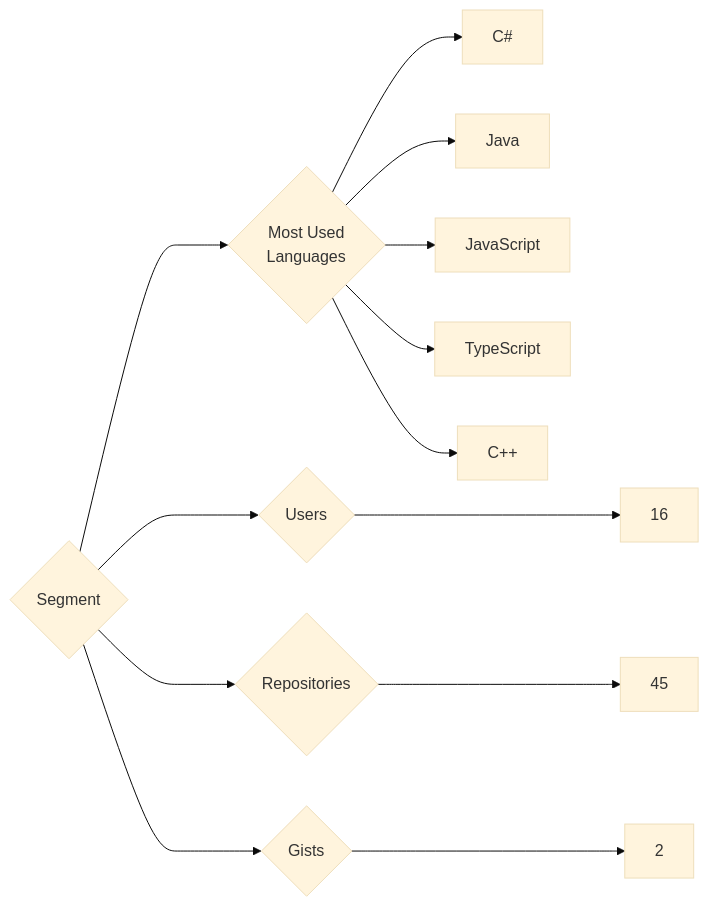
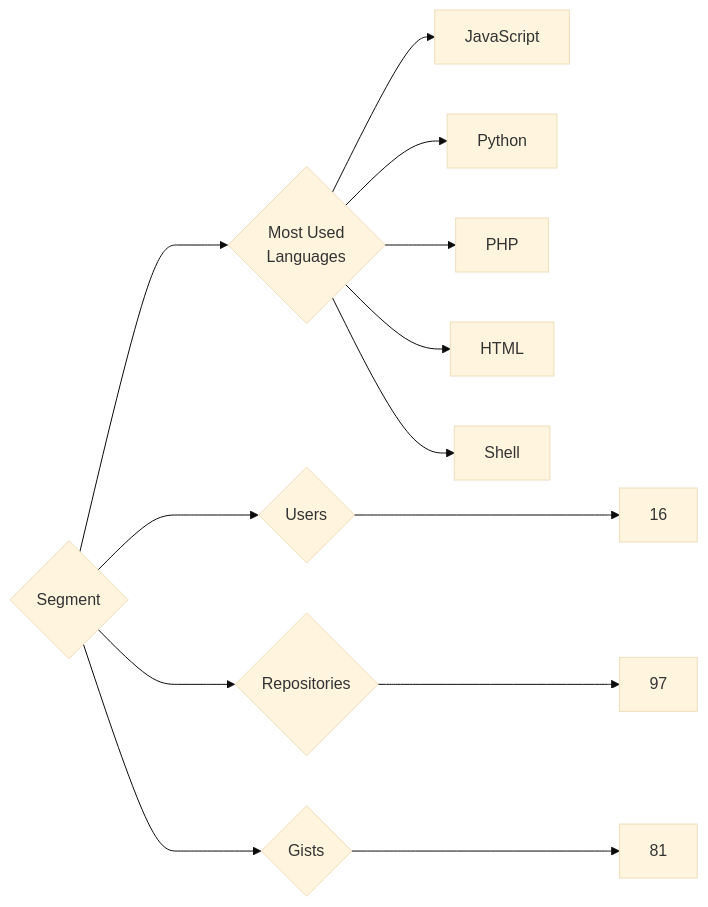
One commit to trickest/insiders changed the diagram in targets/Segment/README.md. Above: the diagram before and after it, drawn with Mermaid (base theme). The commit also changed 928 other files, not shown here.

````diff
--- a/targets/Segment/README.md
+++ b/targets/Segment/README.md
@@ -3,13 +3,13 @@
 ```mermaid
 graph LR
 COMPANY_NAME{Segment}
 COMPANY_NAME ---> U{Users} ---> UN[16]
-COMPANY_NAME ---> R{Repositories} ---> RN[45]
-COMPANY_NAME ---> G{Gists} ---> GN[2]
+COMPANY_NAME ---> R{Repositories} ---> RN[97]
+COMPANY_NAME ---> G{Gists} ---> GN[81]
 COMPANY_NAME ---> ML{Most Used<br>Languages}
-ML --> C#[C#]
-ML --> Java[Java]
 ML --> JavaScript[JavaScript]
-ML --> TypeScript[TypeScript]
-ML --> C++[C++]
+ML --> Python[Python]
+ML --> PHP[PHP]
+ML --> HTML[HTML]
+ML --> Shell[Shell]
 ```
````
